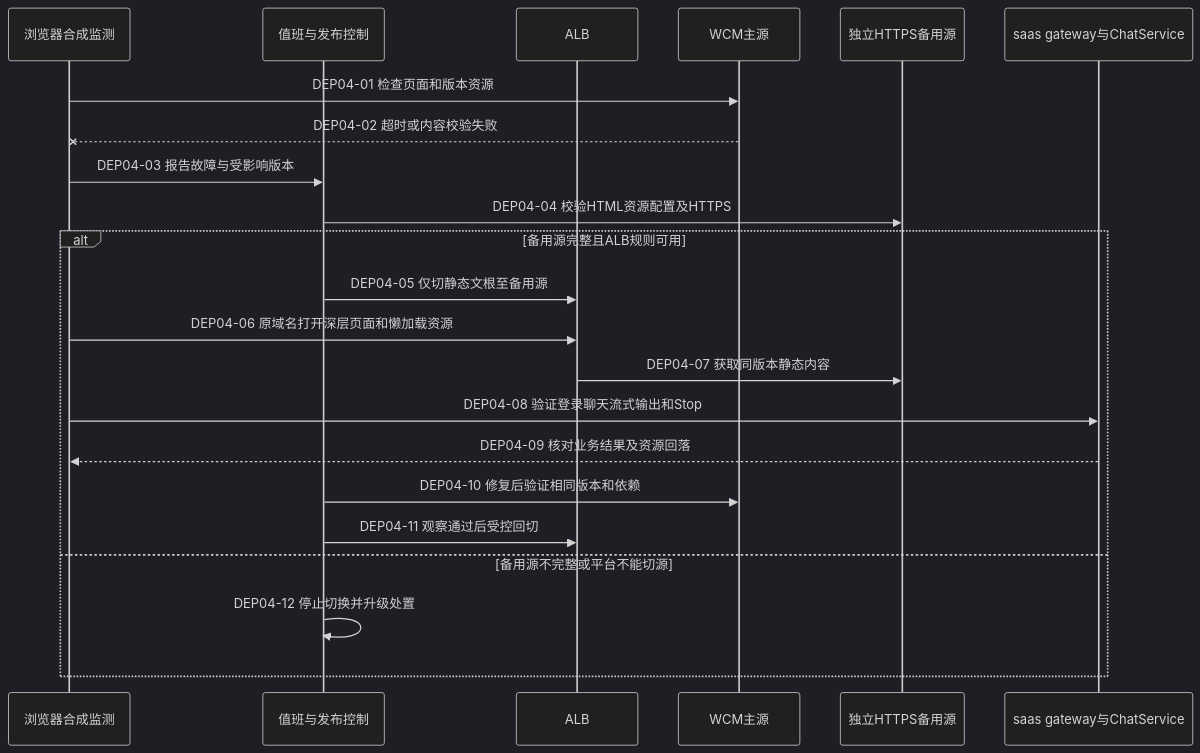
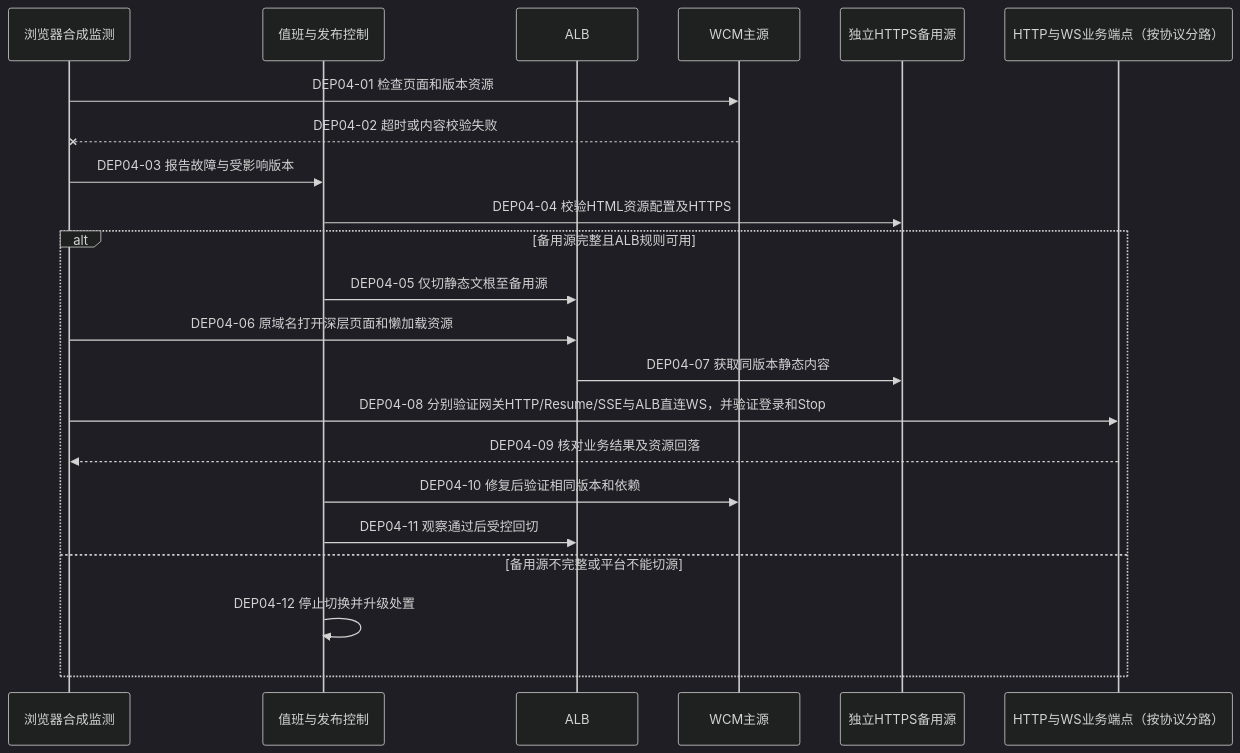
One commit to kunben-duck/exweb changed the fifth of 7 diagrams in docs/architecture/high-availability/deployment.md. Above: the diagram before and after it, drawn with Mermaid (dark theme). The commit also changed other lines of this file and 9 other files, not shown here.

````diff
--- a/docs/architecture/high-availability/deployment.md
+++ b/docs/architecture/high-availability/deployment.md
@@ -282,24 +288,24 @@
 ```mermaid
 sequenceDiagram
     participant OBS as 浏览器合成监测
     participant OPS as 值班与发布控制
     participant ALB as ALB
     participant WCM as WCM主源
     participant BACKUP as 独立HTTPS备用源
-    participant API as saas gateway与ChatService
+    participant API as HTTP与WS业务端点（按协议分路）
     OBS->>WCM: DEP04-01 检查页面和版本资源
     WCM--xOBS: DEP04-02 超时或内容校验失败
     OBS->>OPS: DEP04-03 报告故障与受影响版本
     OPS->>BACKUP: DEP04-04 校验HTML资源配置及HTTPS
     alt 备用源完整且ALB规则可用
         OPS->>ALB: DEP04-05 仅切静态文根至备用源
         OBS->>ALB: DEP04-06 原域名打开深层页面和懒加载资源
         ALB->>BACKUP: DEP04-07 获取同版本静态内容
-        OBS->>API: DEP04-08 验证登录聊天流式输出和Stop
+        OBS->>API: DEP04-08 分别验证网关HTTP/Resume/SSE与ALB直连WS，并验证登录和Stop
         API-->>OBS: DEP04-09 核对业务结果及资源回落
         OPS->>WCM: DEP04-10 修复后验证相同版本和依赖
         OPS->>ALB: DEP04-11 观察通过后受控回切
     else 备用源不完整或平台不能切源
         OPS->>OPS: DEP04-12 停止切换并升级处置
     end
 ```
````
